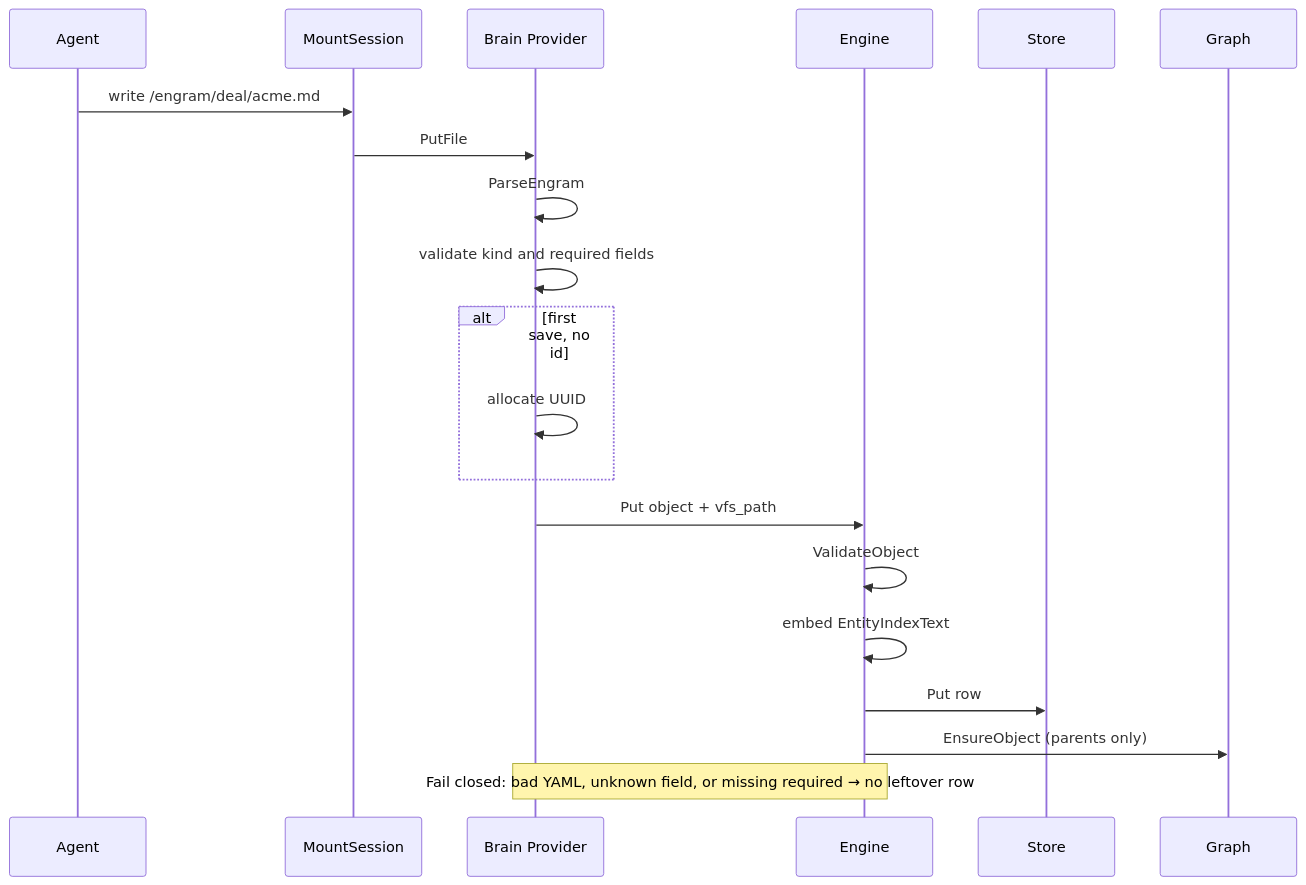
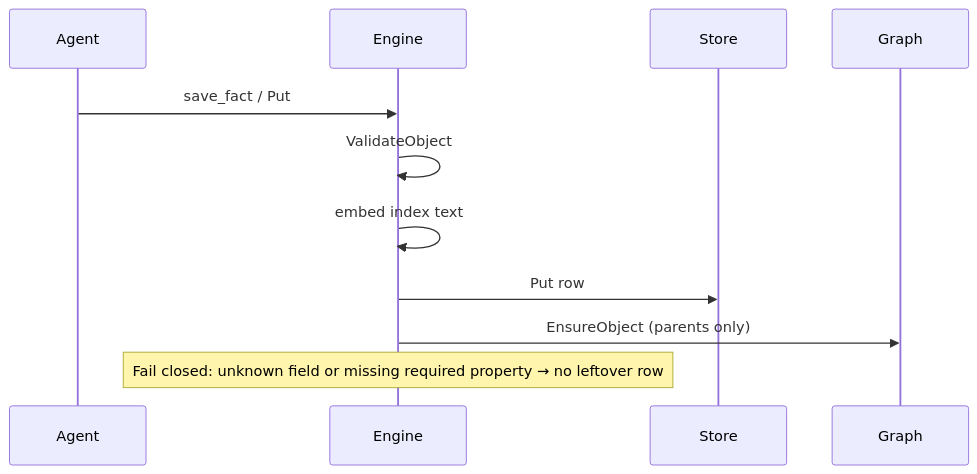
The third of 8 diagrams in docs/knowledge.md (FarhanKhondakar/tacklr), drawn with Mermaid before and after one commit. The commit also changed other lines of this file and 103 other files, not shown here.

````diff
--- a/docs/knowledge.md
+++ b/docs/knowledge.md
@@ -288,23 +239,14 @@
 ```mermaid
 sequenceDiagram
     participant Agent
-    participant VFS as MountSession
-    participant P as Brain Provider
     participant E as Engine
     participant S as Store
     participant G as Graph
 
-    Agent->>VFS: write /engram/deal/acme.md
-    VFS->>P: PutFile
-    P->>P: ParseEngram
-    P->>P: validate kind and required fields
-    alt first save, no id
-        P->>P: allocate UUID
-    end
-    P->>E: Put object + vfs_path
+    Agent->>E: save_fact / Put
     E->>E: ValidateObject
-    E->>E: embed EntityIndexText
+    E->>E: embed index text
     E->>S: Put row
     E->>G: EnsureObject (parents only)
-    Note over P,E: Fail closed: bad YAML, unknown field, or missing required → no leftover row
+    Note over E: Fail closed: unknown field or missing required property → no leftover row
 ```
````
